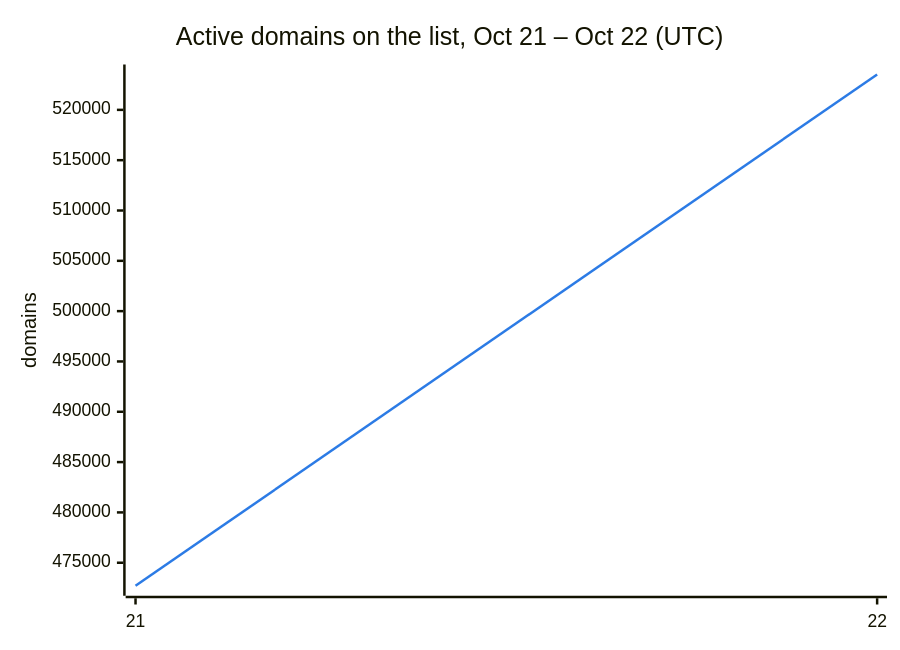
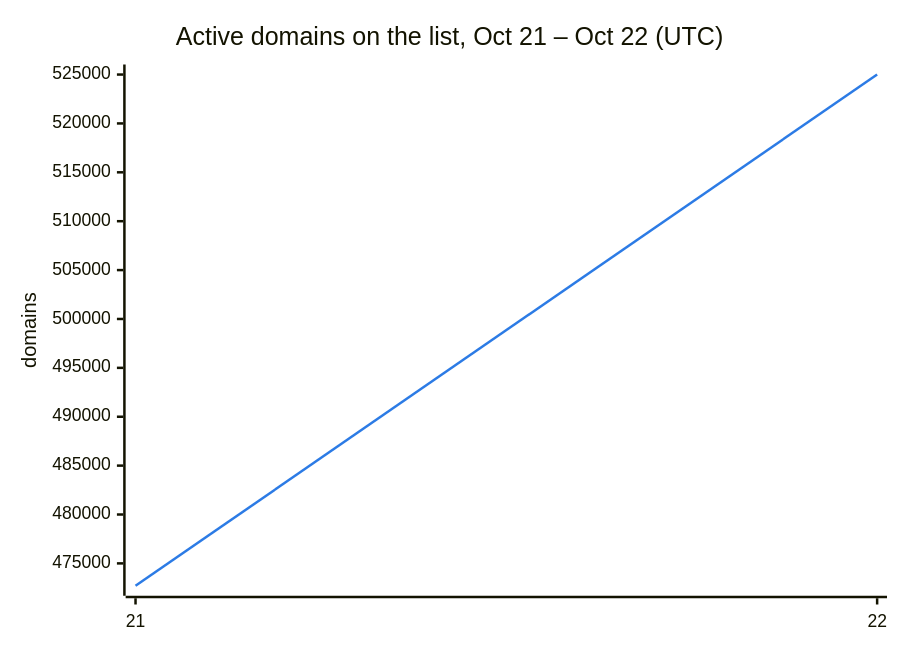
One commit to DNSBunker/CTI changed the second of 3 diagrams in README.md. Above: the diagram before and after it, drawn with Mermaid. The commit also changed other lines of this file and 3 other files, not shown here.

````diff
--- a/README.md
+++ b/README.md
@@ -38,8 +38,8 @@
 ```mermaid
 %%{init: {"themeVariables": {"xyChart": {"plotColorPalette": "#2c7be5"}}}}%%
 xychart-beta
     title "Active domains on the list, Oct 21 – Oct 22 (UTC)"
     x-axis ["21", "22"]
     y-axis "domains"
-    line [472713, 523514]
+    line [472713, 525005]
 ```
````
